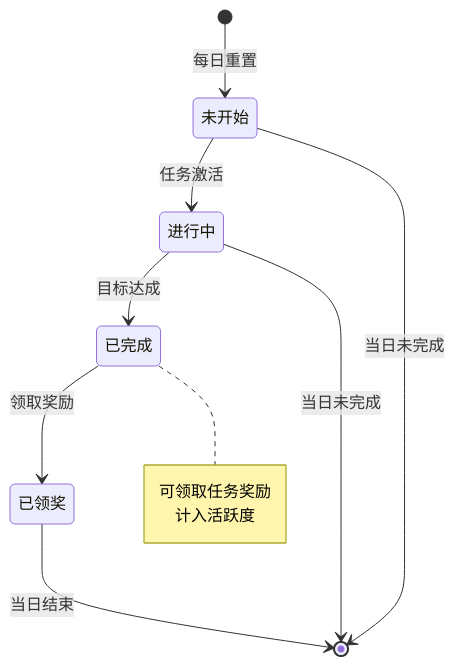
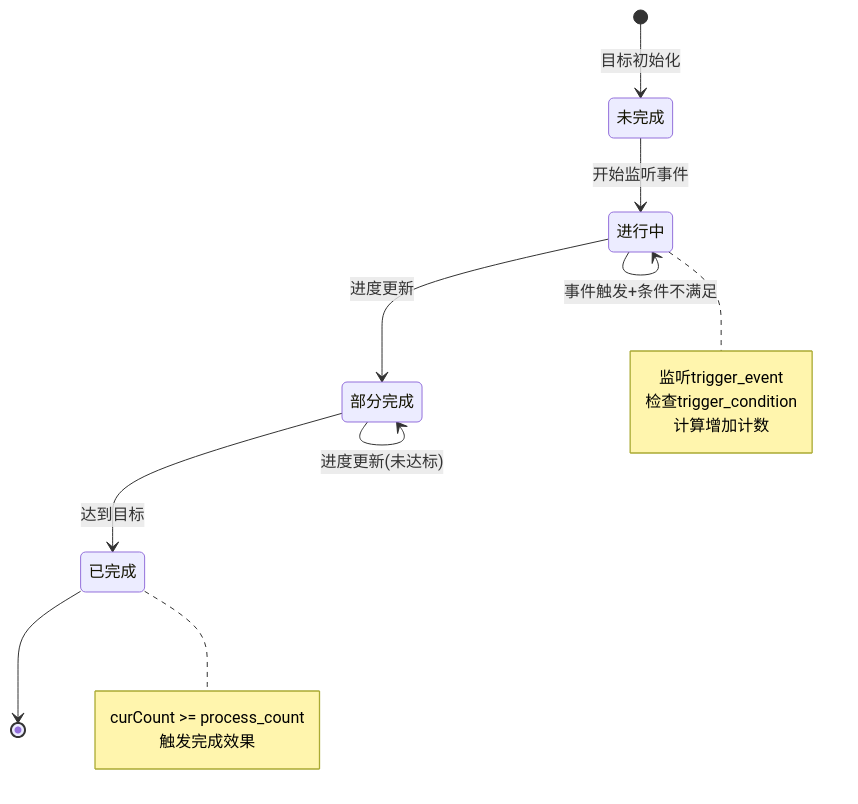
One commit to Alan-Ben/k2c_game_framework changed the second of 7 diagrams in docs/Module_Quest/06_实现细节.md. Above: the diagram before and after it, drawn with Mermaid. The commit also changed other lines of this file and 75 other files, not shown here.

````diff
--- a/docs/Module_Quest/06_实现细节.md
+++ b/docs/Module_Quest/06_实现细节.md
@@ -98,16 +88,22 @@
 ```mermaid
 stateDiagram-v2
-    [*] --> 未开始: 每日重置
-    未开始 --> 进行中: 任务激活
-    进行中 --> 已完成: 目标达成
-    已完成 --> 已领奖: 领取奖励
-    已领奖 --> [*]: 当日结束
+    [*] --> 未完成: 目标初始化
+    未完成 --> 进行中: 开始监听事件
+    进行中 --> 部分完成: 进度更新
+    部分完成 --> 已完成: 达到目标
+    已完成 --> [*]
 
-    未开始 --> [*]: 当日未完成
-    进行中 --> [*]: 当日未完成
+    进行中 --> 进行中: 事件触发+条件不满足
+    部分完成 --> 部分完成: 进度更新(未达标)
+
+    note right of 进行中
+        监听trigger_event
+        检查trigger_condition
+        计算增加计数
+    end note
 
     note right of 已完成
-        可领取任务奖励
-        计入活跃度
+        curCount >= process_count
+        触发完成效果
     end note
 ```
````
